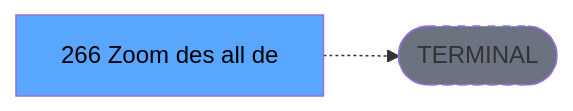
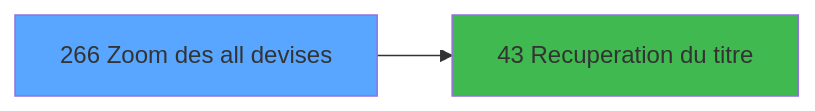
One commit to thonyAGP/magic-migration changed the third of 3 diagrams in .openspec/specs/ADH-IDE-266.md. Above: the diagram before and after it, drawn with Mermaid. The commit also changed other lines of this file and 493 other files, not shown here.

````diff
--- a/.openspec/specs/ADH-IDE-266.md
+++ b/.openspec/specs/ADH-IDE-266.md
@@ -138,8 +191,8 @@
 ```mermaid
 graph LR
-    T[266 Zoom des all de]
-    TERM([TERMINAL])
-    T -.-> TERM
-    style TERM fill:#6b7280,stroke-dasharray: 5 5
-    style T fill:#58a6ff,color:#000
+    T266[266 Zoom des all devises]
+    style T266 fill:#58a6ff
+    C43[43 Recuperation du titre]
+    T266 --> C43
+    style C43 fill:#3fb950
 ```
````
